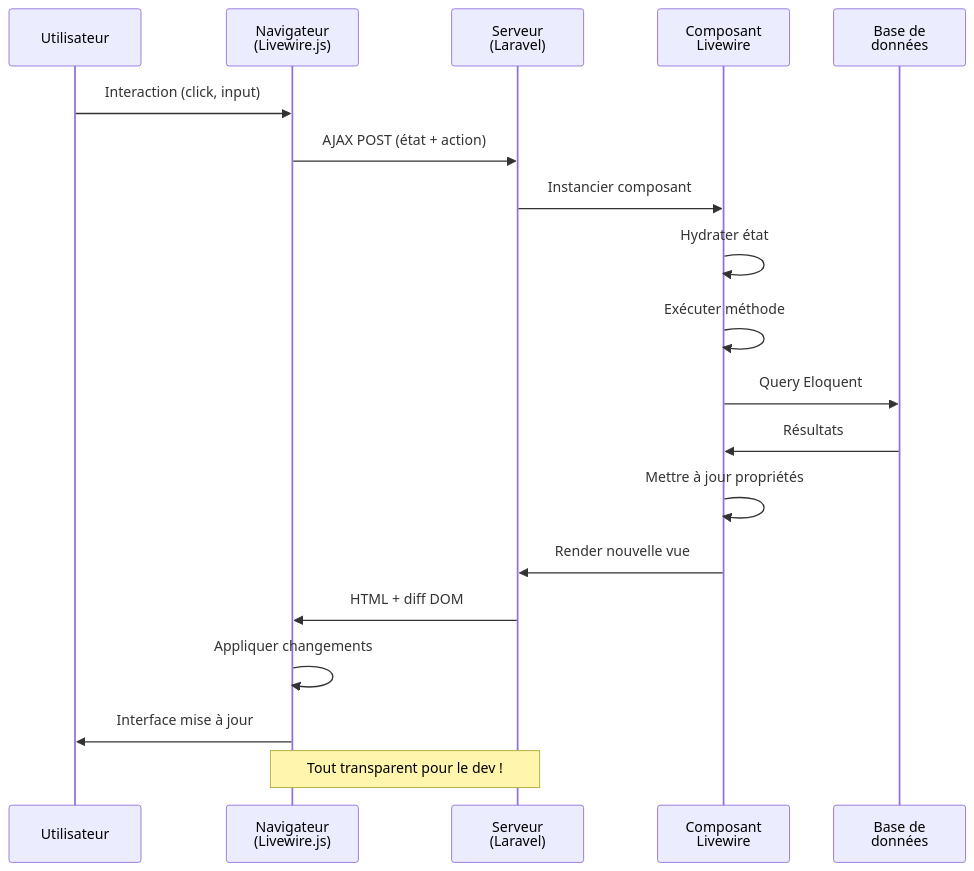
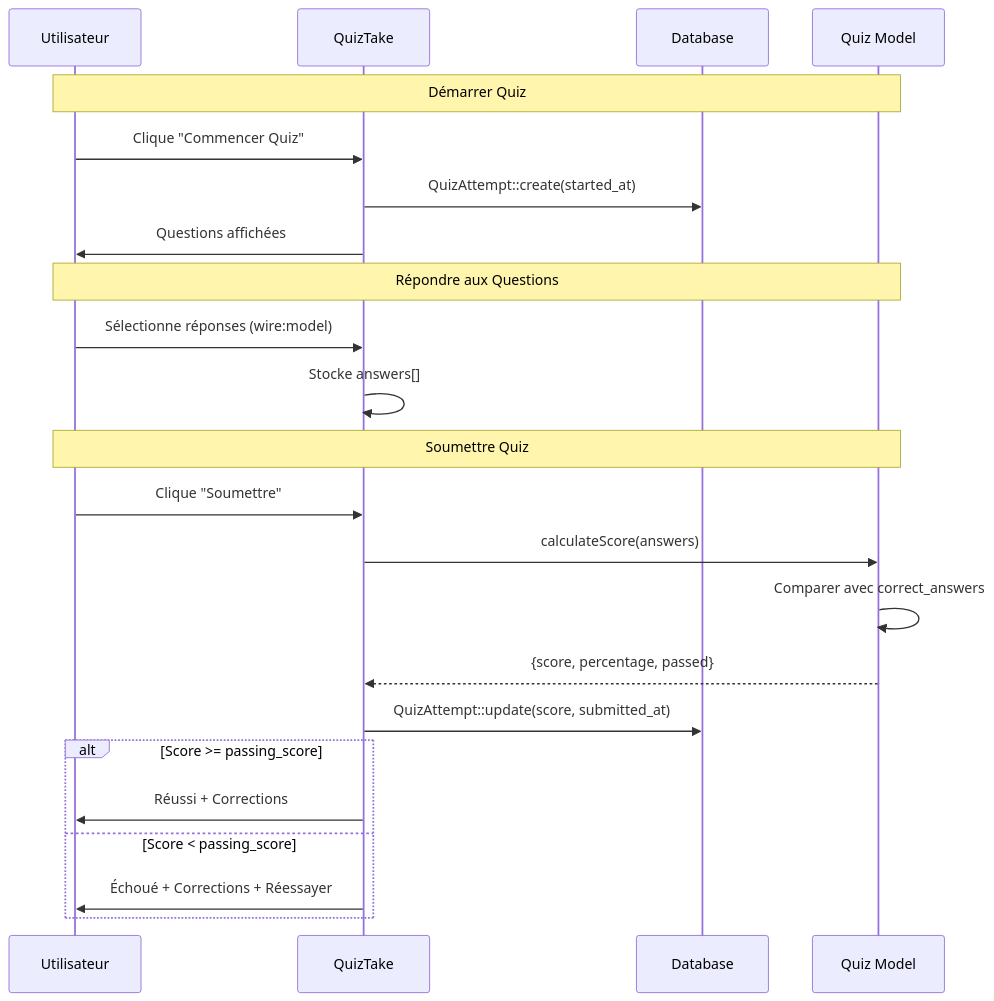
One commit to zyrass/omnydocs changed the sixth of 6 diagrams in docs/dev-cloud/lang/livewire-fondamentaux.md. Above: the diagram before and after it, drawn with Mermaid. The commit also changed other lines of this file and 30 other files, not shown here.

````diff
--- a/docs/dev-cloud/lang/livewire-fondamentaux.md
+++ b/docs/dev-cloud/lang/livewire-fondamentaux.md
@@ -123,23 +4806,28 @@
 ```mermaid
 sequenceDiagram
-    participant User as Utilisateur
-    participant Browser as Navigateur<br/>(Livewire.js)
-    participant Server as Serveur<br/>(Laravel)
-    participant Component as Composant<br/>Livewire
-    participant DB as Base de<br/>données
+    participant U as Utilisateur
+    participant QT as QuizTake
+    participant DB as Database
+    participant QM as Quiz Model
 
-    User->>Browser: Interaction (click, input)
-    Browser->>Server: AJAX POST (état + action)
-    Server->>Component: Instancier composant
-    Component->>Component: Hydrater état
-    Component->>Component: Exécuter méthode
-    Component->>DB: Query Eloquent
-    DB->>Component: Résultats
-    Component->>Component: Mettre à jour propriétés
-    Component->>Server: Render nouvelle vue
-    Server->>Browser: HTML + diff DOM
-    Browser->>Browser: Appliquer changements
-    Browser->>User: Interface mise à jour
+    Note over U,QM: Démarrer Quiz
+    U->>QT: Clique "Commencer Quiz"
+    QT->>DB: QuizAttempt::create(started_at)
+    QT->>U: Questions affichées
 
-    Note over Browser,Server: Tout transparent pour le dev !
+    Note over U,QM: Répondre aux Questions
+    U->>QT: Sélectionne réponses (wire:model)
+    QT->>QT: Stocke answers[]
+
+    Note over U,QM: Soumettre Quiz
+    U->>QT: Clique "Soumettre"
+    QT->>QM: calculateScore(answers)
+    QM->>QM: Comparer avec correct_answers
+    QM-->>QT: {score, percentage, passed}
+    QT->>DB: QuizAttempt::update(score, submitted_at)
+    alt Score >= passing_score
+        QT->>U: Réussi + Corrections
+    else Score < passing_score
+        QT->>U: Échoué + Corrections + Réessayer
+    end
 ```
````
